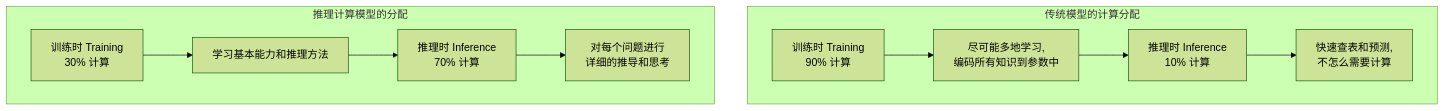
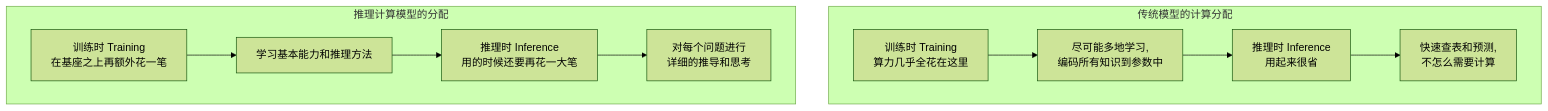
One commit to yeasy/ai_beginner_guide changed the fourth of 9 diagrams in 07_reasoning_models/7.3_inference_compute.md. Above: the diagram before and after it, drawn with Mermaid (forest theme). The commit also changed 8 other files, not shown here.

````diff
--- a/07_reasoning_models/7.3_inference_compute.md
+++ b/07_reasoning_models/7.3_inference_compute.md
@@ -59,20 +59,20 @@
 ```mermaid
 graph TD
     subgraph Traditional["传统模型的计算分配"]
-        T1["训练时 Training<br/>90% 计算"]
+        T1["训练时 Training<br/>算力几乎全花在这里"]
         T2["尽可能多地学习,<br/>编码所有知识到参数中"]
-        T3["推理时 Inference<br/>10% 计算"]
+        T3["推理时 Inference<br/>用起来很省"]
         T4["快速查表和预测,<br/>不怎么需要计算"]
 
         T1 --> T2 --> T3 --> T4
     end
 
     subgraph InferenceCompute["推理计算模型的分配"]
-        I1["训练时 Training<br/>30% 计算"]
+        I1["训练时 Training<br/>在基座之上再额外花一笔"]
         I2["学习基本能力和推理方法"]
-        I3["推理时 Inference<br/>70% 计算"]
+        I3["推理时 Inference<br/>用的时候还要再花一大笔"]
         I4["对每个问题进行<br/>详细的推导和思考"]
 
         I1 --> I2 --> I3 --> I4
     end
 ```
````
